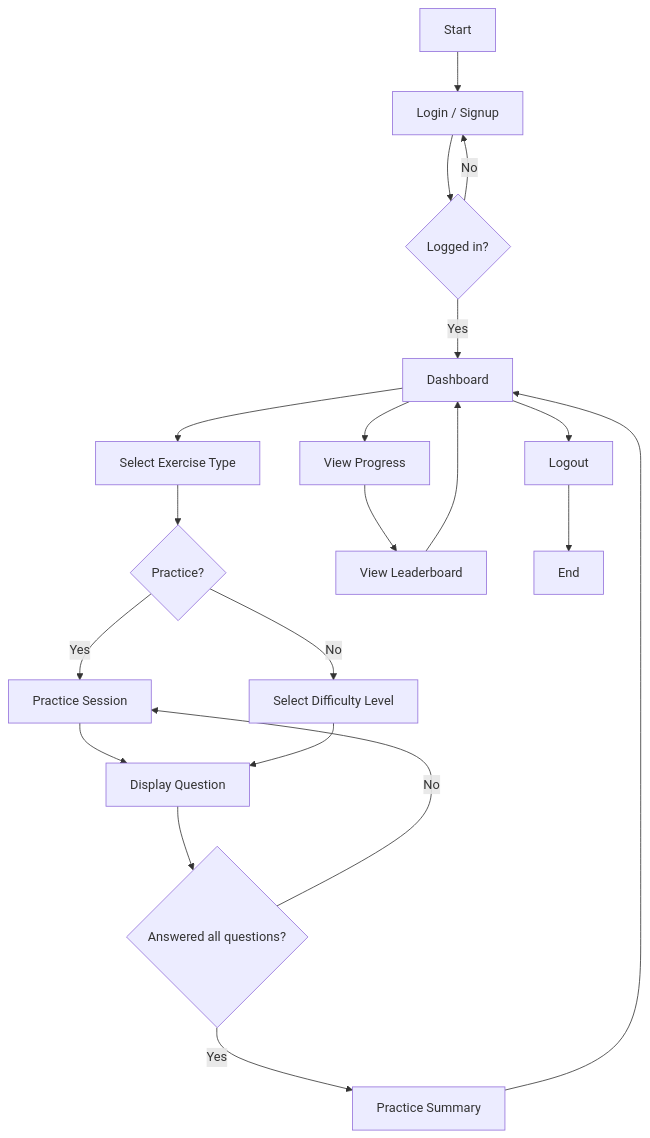
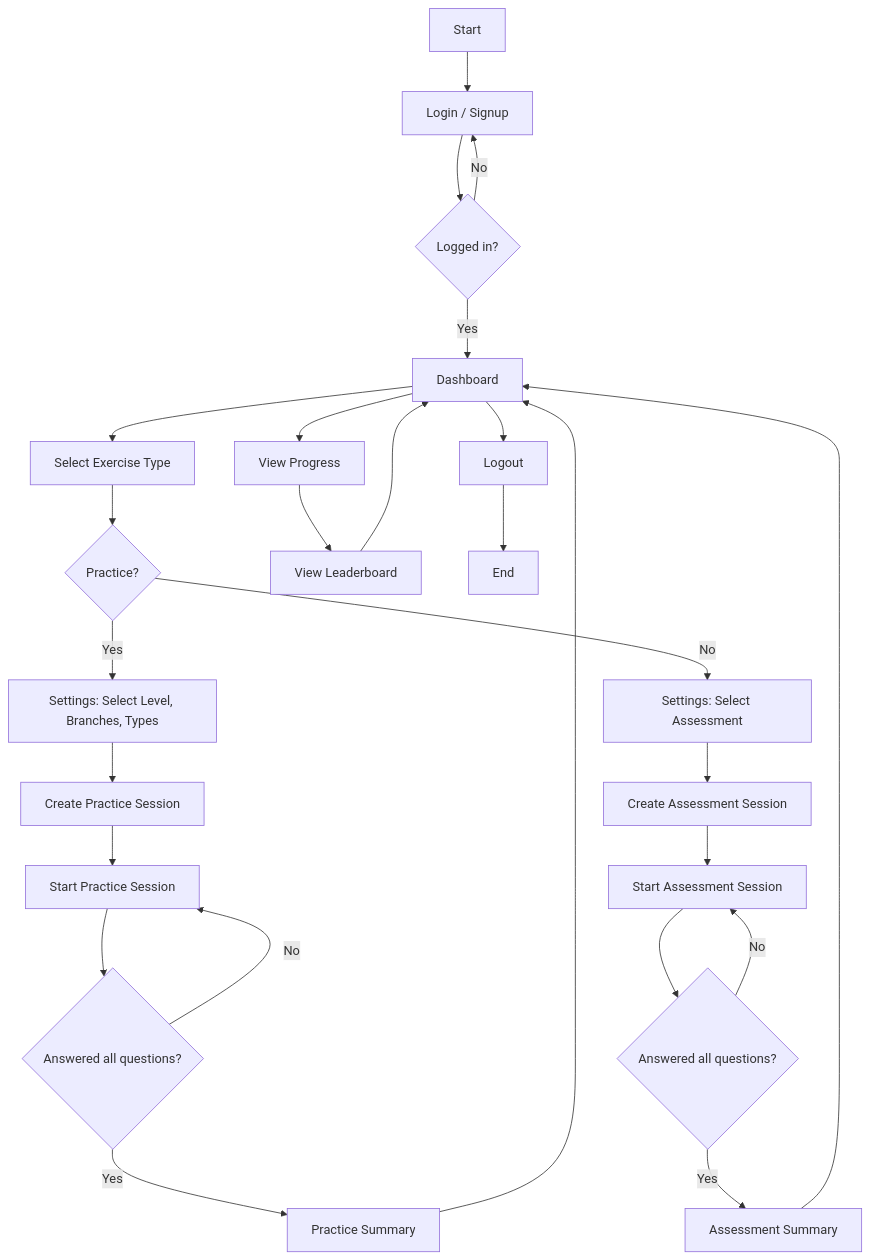
One commit to rajahwu/arithmetic-trainer changed the diagram in readme.md. Above: the diagram before and after it, drawn with Mermaid.

Commit message:
readme: update ux flow chart

````diff
--- a/readme.md
+++ b/readme.md
@@ -56,22 +56,29 @@
 ```mermaid
 graph TD
     A[Start] --> B[Login / Signup]
     B --> C{Logged in?}
     C -->|Yes| D[Dashboard]
     C -->|No| B
     D --> E[Select Exercise Type]
     E --> F{Practice?}
-    F -->|Yes| G[Practice Session]
-    F -->|No| H[Select Difficulty Level]
-    G --> I[Display Question]
-    I --> J{Answered all questions?}
-    J -->|No| G
-    J -->|Yes| K[Practice Summary]
-    K --> D
-    H --> I
-    D --> L[View Progress]
-    L --> M[View Leaderboard]
-    M --> D
-    D --> N[Logout]
-    N --> O[End]
+    F -->|Yes| G[Settings: Select Level, Branches, Types]
+    F -->|No| H[Settings: Select Assessment]
+    G --> I[Create Practice Session]
+    I --> J[Start Practice Session]
+    J --> K{Answered all questions?}
+    K -->|No| J
+    K -->|Yes| L[Practice Summary]
+    L --> D
+    H --> M[Create Assessment Session]
+    M --> N[Start Assessment Session]
+    N --> O{Answered all questions?}
+    O -->|No| N
+    O -->|Yes| P[Assessment Summary]
+    P --> D
+    D --> Q[View Progress]
+    Q --> R[View Leaderboard]
+    R --> D
+    D --> S[Logout]
+    S --> T[End]
+
 ```
````
